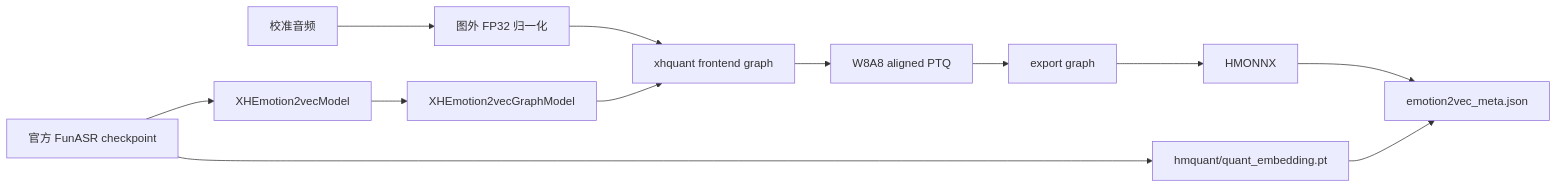
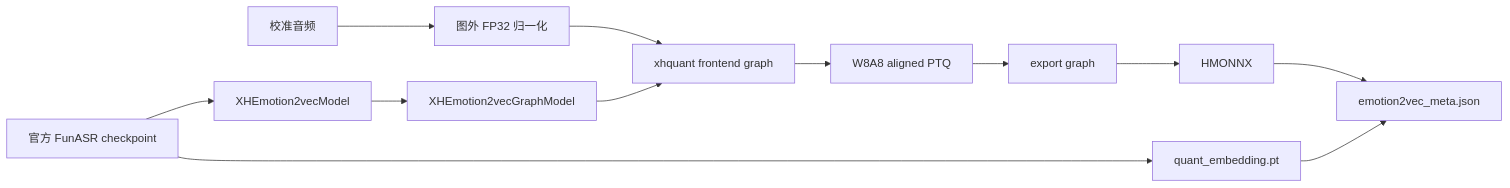
The first of 2 diagrams in xhmodel_merak/xh_llm/models/emotion2vec/README.md (houmo-ai/houmo-xh2modelzoo), drawn with Mermaid before and after one commit. The commit also changed other lines of this file and 10 other files, not shown here.

````diff
--- a/xhmodel_merak/xh_llm/models/emotion2vec/README.md
+++ b/xhmodel_merak/xh_llm/models/emotion2vec/README.md
@@ -209,14 +212,14 @@
 ```mermaid
 flowchart LR
     A[官方 FunASR checkpoint] --> B[XHEmotion2vecModel]
     B --> C[XHEmotion2vecGraphModel]
     D[校准音频] --> E[图外 FP32 归一化]
     E --> F[xhquant frontend graph]
     C --> F
     F --> G[W8A8 aligned PTQ]
     G --> H[export graph]
     H --> I[HMONNX]
-    A --> J[hmquant/quant_embedding.pt]
+    A --> J[quant_embedding.pt]
     I --> K[emotion2vec_meta.json]
     J --> K
 ```
````
